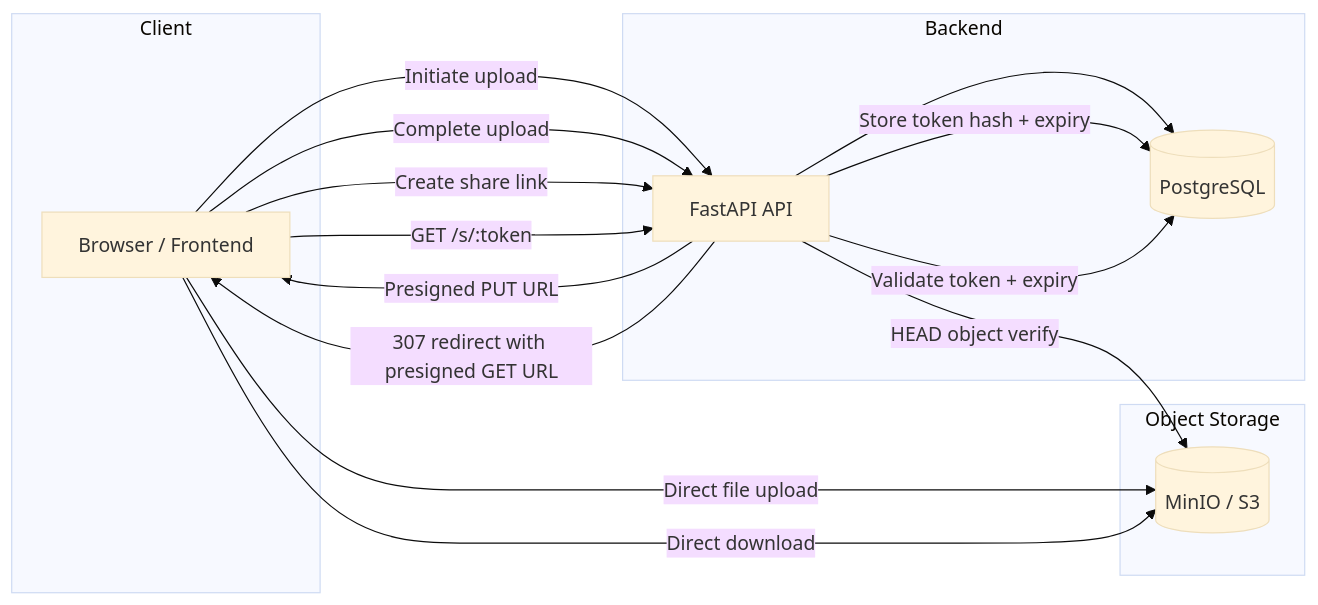
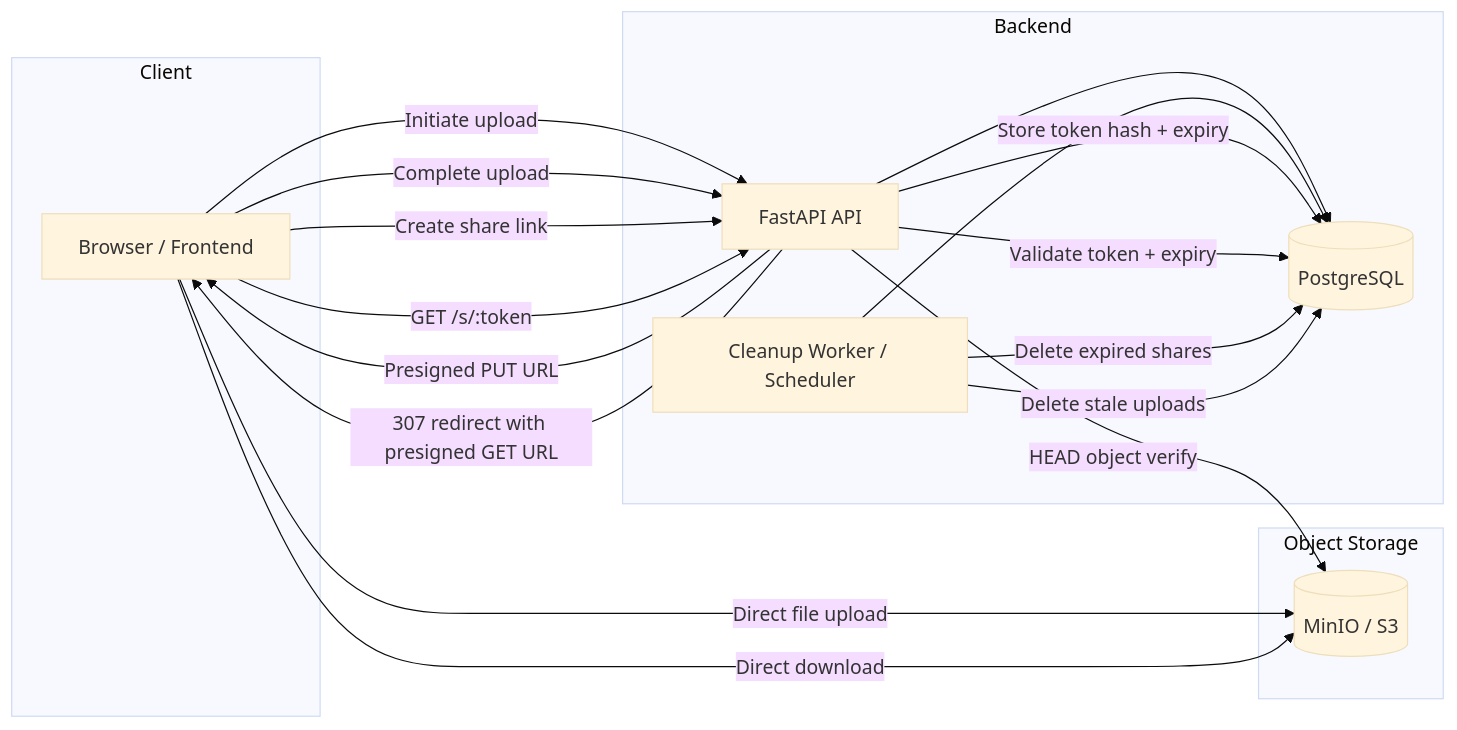
Before and after one commit to F64116045/File-Sharing-Application: the first of 2 diagrams in README.md, drawn with Mermaid (base theme). The commit also changed other lines of this file, not shown here.

Commit message:
docs(architecture): add scheduled cleanup worker to system diagram

````diff
--- a/README.md
+++ b/README.md
@@ -40,30 +41,35 @@
 ```mermaid
 flowchart LR
     subgraph Client[Client]
       FE[Browser / Frontend]
     end
 
     subgraph App[Backend]
       API[FastAPI API]
       DB[(PostgreSQL)]
+      CW[Cleanup Worker / Scheduler]
       API --> DB
+      CW --> DB
     end
 
     subgraph Storage[Object Storage]
       S3[(MinIO / S3)]
     end
 
     FE -->|Initiate upload| API
     API -->|Presigned PUT URL| FE
     FE -->|Direct file upload| S3
     FE -->|Complete upload| API
     API -->|HEAD object verify| S3
 
     FE -->|Create share link| API
     API -->|Store token hash + expiry| DB
 
     FE -->|GET /s/:token| API
     API -->|Validate token + expiry| DB
     API -->|307 redirect with presigned GET URL| FE
     FE -->|Direct download| S3
+
+    CW -->|Delete expired shares| DB
+    CW -->|Delete stale uploads| DB
 ```
````
